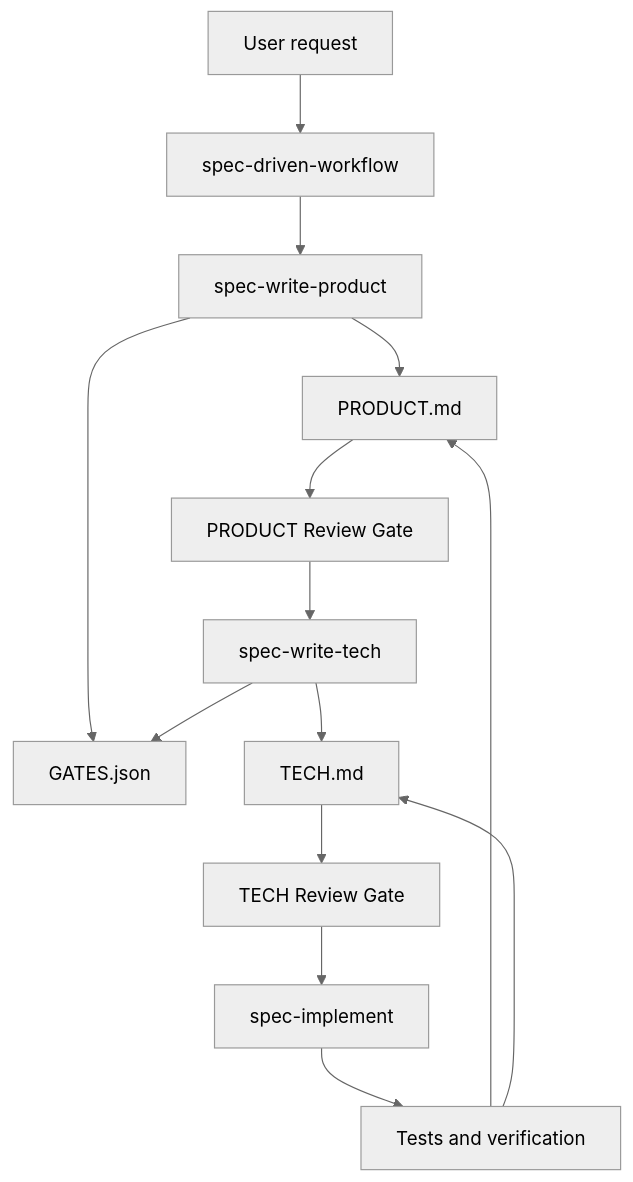
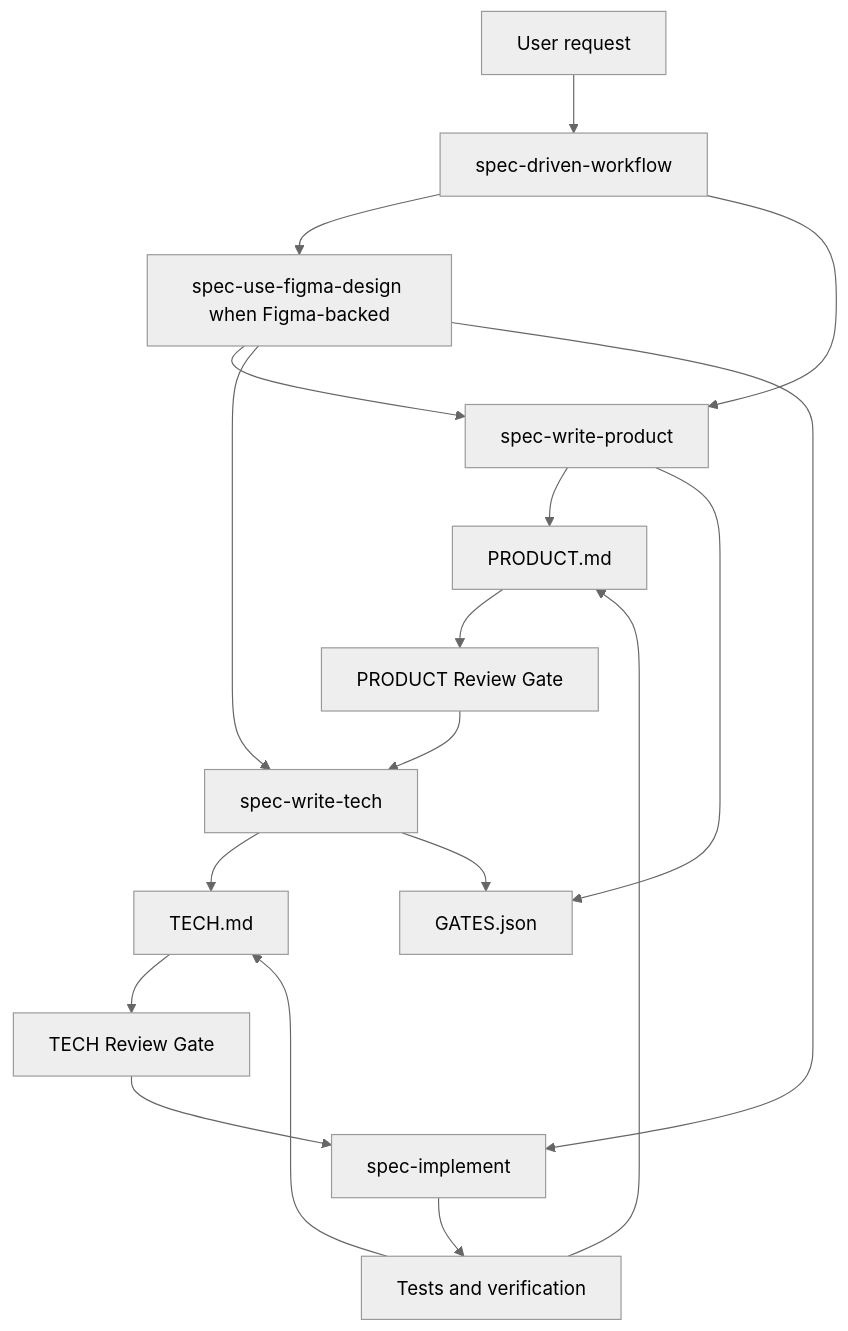
The diagram in README.md (ai-x-builder/FastSpec), drawn with Mermaid (neutral theme) before and after one commit. The commit also changed other lines of this file and 8 other files, not shown here.

Commit message:
docs: add Figma design contract workflow

````diff
--- a/README.md
+++ b/README.md
@@ -181,16 +183,20 @@
 ```mermaid
 flowchart TD
   User[User request] --> Workflow[spec-driven-workflow]
+  Workflow --> FigmaDesign[spec-use-figma-design when Figma-backed]
   Workflow --> Product[spec-write-product]
+  FigmaDesign --> Product
   Product --> ProductDoc[PRODUCT.md]
   Product --> Gates[GATES.json]
   ProductDoc --> ProductGate[PRODUCT Review Gate]
   ProductGate --> Tech[spec-write-tech]
+  FigmaDesign --> Tech
   Tech --> TechDoc[TECH.md]
   Tech --> Gates
   TechDoc --> TechGate[TECH Review Gate]
   TechGate --> Implement[spec-implement]
+  FigmaDesign --> Implement
   Implement --> Verification[Tests and verification]
   Verification --> ProductDoc
   Verification --> TechDoc
 ```
````
